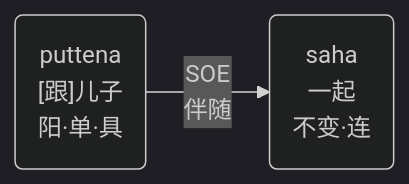
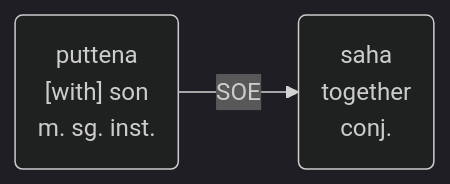
The first of 2 diagrams in src/basic-relation/instr/instr-soe.md (iapt-platform/pali-handbook), drawn with Mermaid (dark theme) before and after one commit. The commit also changed other lines of this file and 1 other file, not shown here.

```diff
--- a/src/basic-relation/instr/instr-soe.md
+++ b/src/basic-relation/instr/instr-soe.md
@@ -25,6 +10,6 @@
 <div class="mermaid">
 flowchart LR
-A("puttena<br/>[跟]儿子<br/>阳·单·具")
-B("saha<br/>一起<br/>不变·连")
-A--"SOE<br>伴随"-->B
+A("puttena<br/>[with] son<br/>m. sg. inst.")
+B("saha<br/>together<br/>conj.")
+A--"SOE"-->B
 </div>
```
